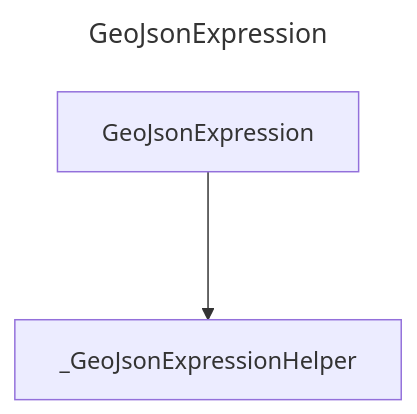
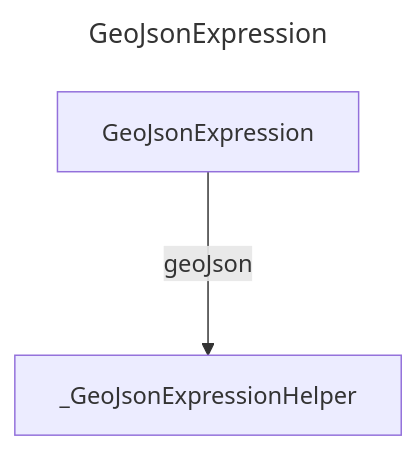
One commit to douglassimonsen/pbi_core changed the diagram in docs/docs/layout/erd/GeoJsonExpression.md. Above: the diagram before and after it, drawn with Mermaid. The commit also changed 77 other files, not shown here.

Commit message:
Updated to color code the layout ERD

````diff
--- a/docs/docs/layout/erd/GeoJsonExpression.md
+++ b/docs/docs/layout/erd/GeoJsonExpression.md
@@ -1,9 +1,9 @@
 ```mermaid
 ---
 title: GeoJsonExpression
 ---
 graph 
-2721641888128["_GeoJsonExpressionHelper"]
-2721641889104["GeoJsonExpression"]
-2721641889104 ---> 2721641888128
+2430071913408["_GeoJsonExpressionHelper"]
+2430071918288["GeoJsonExpression"]
+2430071918288 --->|geoJson| 2430071913408
 ```
````
